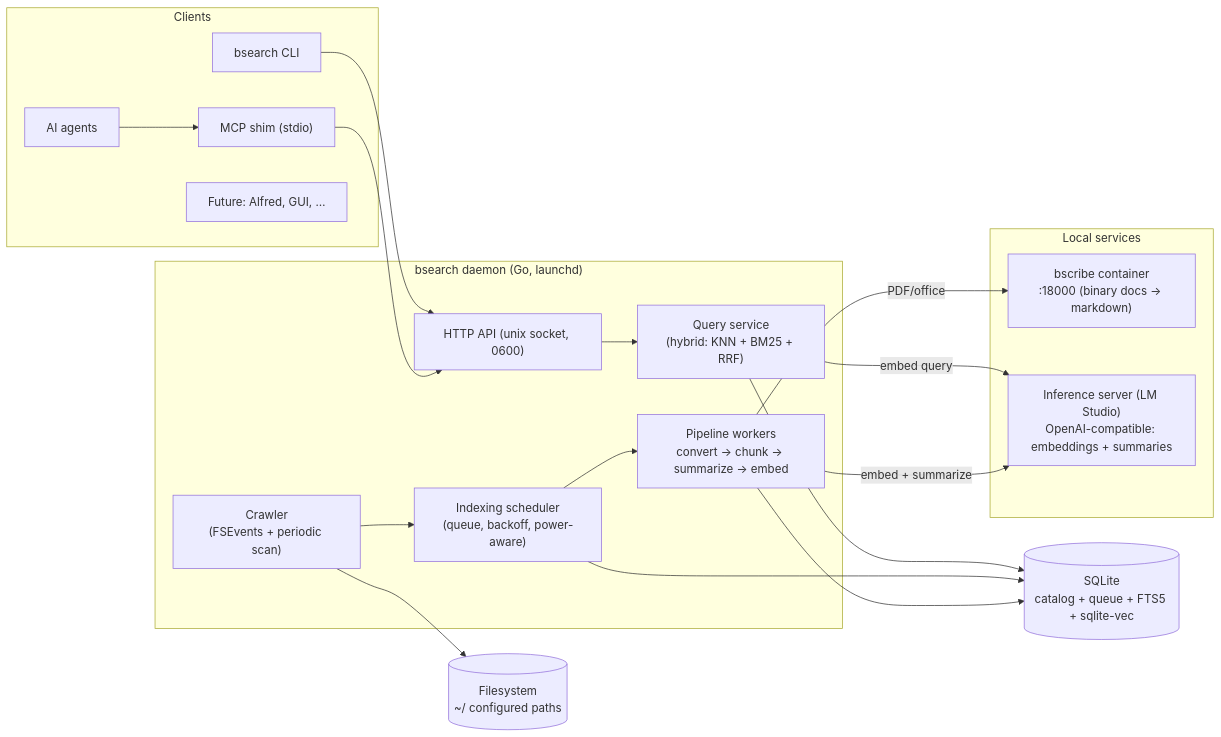
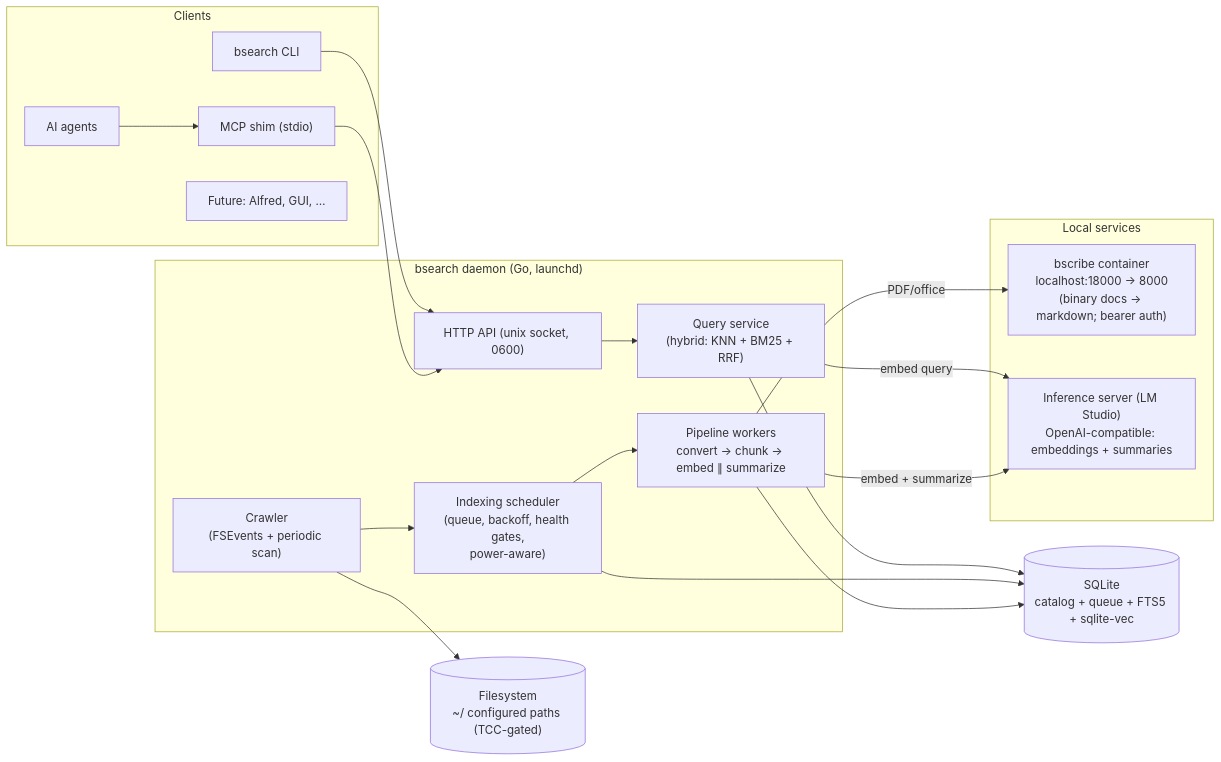
The diagram in DESIGN.md (bcrisp4/bsearch), drawn with Mermaid before and after one commit. The commit also changed other lines of this file and 1 other file, not shown here.

````diff
--- a/DESIGN.md
+++ b/DESIGN.md
@@ -257,38 +316,38 @@
 ```mermaid
 flowchart LR
     subgraph clients["Clients"]
         CLI["bsearch CLI"]
         MCP["MCP shim (stdio)"]
         AGT["AI agents"]
         ALF["Future: Alfred, GUI, …"]
     end
 
     subgraph daemon["bsearch daemon (Go, launchd)"]
         API["HTTP API (unix socket, 0600)"]
         QRY["Query service<br/>(hybrid: KNN + BM25 + RRF)"]
-        SCHED["Indexing scheduler<br/>(queue, backoff, power-aware)"]
+        SCHED["Indexing scheduler<br/>(queue, backoff, health gates,<br/>power-aware)"]
         CRAWL["Crawler<br/>(FSEvents + periodic scan)"]
-        PIPE["Pipeline workers<br/>convert → chunk → summarize → embed"]
+        PIPE["Pipeline workers<br/>convert → chunk → embed ∥ summarize"]
     end
 
     subgraph external["Local services"]
-        BSC["bscribe container<br/>:18000 (binary docs → markdown)"]
+        BSC["bscribe container<br/>localhost:18000 → 8000<br/>(binary docs → markdown; bearer auth)"]
         INF["Inference server (LM Studio)<br/>OpenAI-compatible: embeddings + summaries"]
     end
 
     DB[("SQLite<br/>catalog + queue + FTS5 + sqlite-vec")]
-    FS[("Filesystem<br/>~/ configured paths")]
+    FS[("Filesystem<br/>~/ configured paths (TCC-gated)")]
 
     AGT --> MCP
     CLI & MCP --> API
     API --> QRY
     QRY --> DB
     QRY -->|"embed query"| INF
     CRAWL --> FS
     CRAWL --> SCHED
     SCHED --> DB
     SCHED --> PIPE
     PIPE -->|"PDF/office"| BSC
     PIPE -->|"embed + summarize"| INF
     PIPE --> DB
 ```
````
